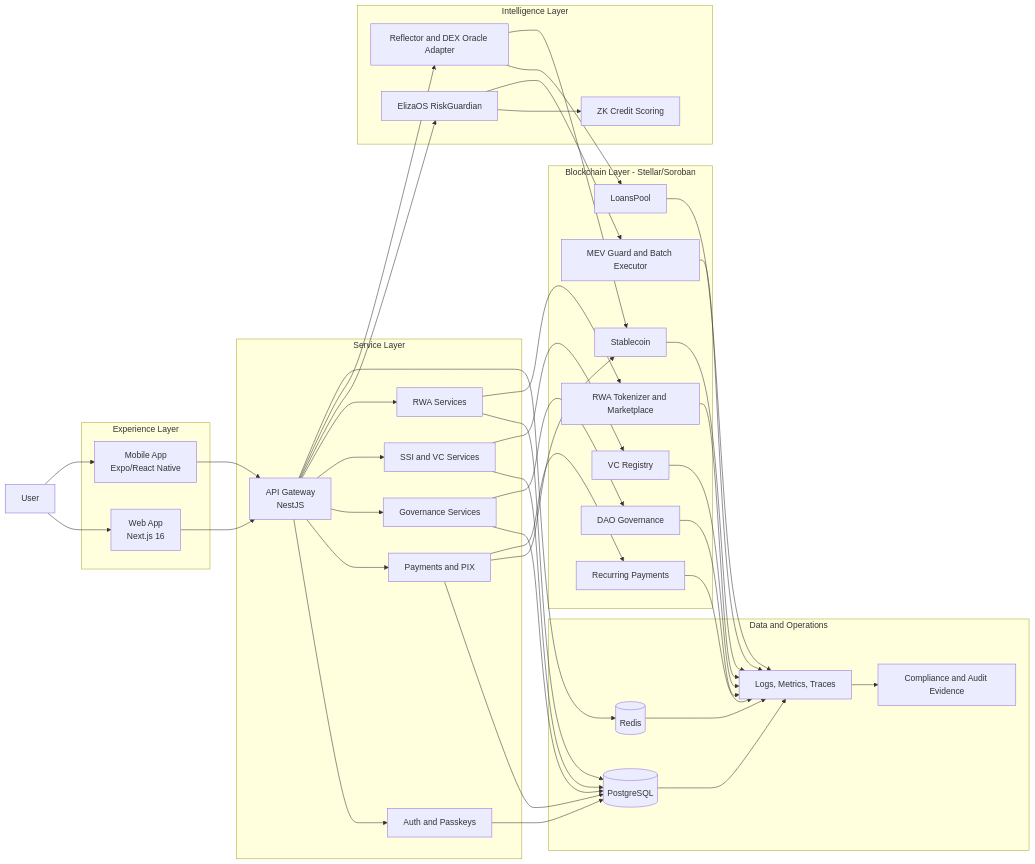
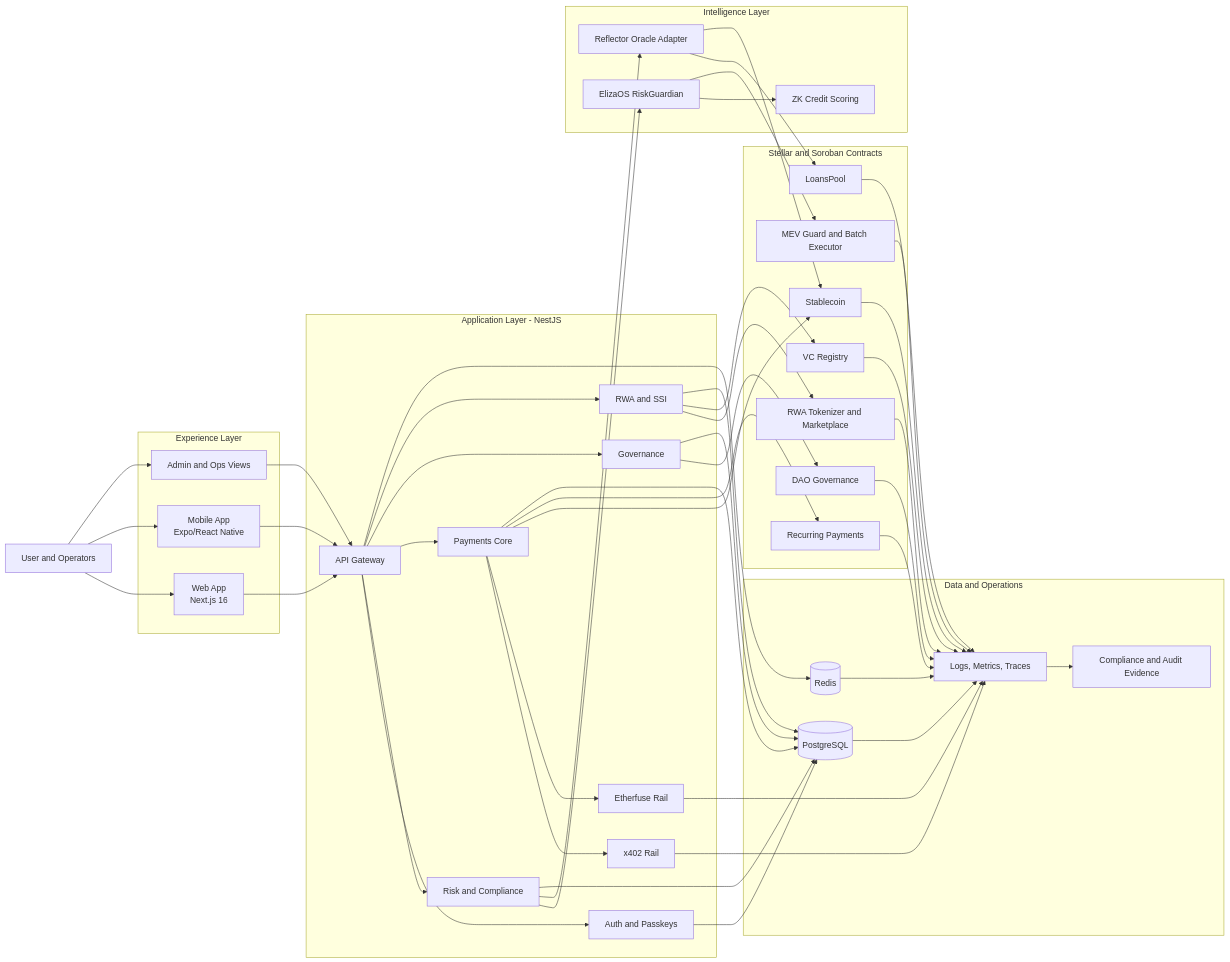
One commit to Jistriane/Stellaro changed the diagram in README.md. Above: the diagram before and after it, drawn with Mermaid. The commit also changed other lines of this file and 4 other files, not shown here.

Commit message:
docs: refresh README and move security/architecture docs into docs

````diff
--- a/README.md
+++ b/README.md
@@ -183,83 +234,94 @@
 ```mermaid
 flowchart LR
-	U[User]
+	U[User and Operators]
 
-	subgraph Experience[Experience Layer]
+	subgraph UX[Experience Layer]
 		WEB[Web App\nNext.js 16]
 		MOB[Mobile App\nExpo/React Native]
+		ADM[Admin and Ops Views]
 	end
 
-	subgraph Services[Service Layer]
-		API[API Gateway\nNestJS]
+	subgraph API[Application Layer - NestJS]
+		GW[API Gateway]
 		AUTH[Auth and Passkeys]
-		PAY[Payments and PIX]
-		GOV[Governance Services]
-		SSI[SSI and VC Services]
-		RWA[RWA Services]
+		RISK[Risk and Compliance]
+		PAY[Payments Core]
+		X402[x402 Rail]
+		EF[Etherfuse Rail]
+		GOV[Governance]
+		RWA[RWA and SSI]
 	end
 
 	subgraph Intelligence[Intelligence Layer]
 		AI[ElizaOS RiskGuardian]
 		ZK[ZK Credit Scoring]
-		ORACLE[Reflector and DEX Oracle Adapter]
+		ORC[Reflector Oracle Adapter]
 	end
 
-	subgraph Blockchain[Blockchain Layer - Stellar/Soroban]
-		C_STABLE[Stablecoin]
-		C_LOANS[LoansPool]
-		C_DAO[DAO Governance]
-		C_REC[Recurring Payments]
-		C_RWA[RWA Tokenizer and Marketplace]
-		C_VC[VC Registry]
-		C_MEV[MEV Guard and Batch Executor]
+	subgraph Chain[Stellar and Soroban Contracts]
+		CST[Stablecoin]
+		CLN[LoansPool]
+		CDAO[DAO Governance]
+		CREC[Recurring Payments]
+		CRWA[RWA Tokenizer and Marketplace]
+		CVC[VC Registry]
+		CMEV[MEV Guard and Batch Executor]
 	end
 
-	subgraph DataOps[Data and Operations]
-		DB[(PostgreSQL)]
-		REDIS[(Redis)]
+	subgraph Data[Data and Operations]
+		PG[(PostgreSQL)]
+		RD[(Redis)]
 		OBS[Logs, Metrics, Traces]
-		COMP[Compliance and Audit Evidence]
+		AUD[Compliance and Audit Evidence]
 	end
 
 	U --> WEB
 	U --> MOB
+	U --> ADM
 
-	WEB --> API
-	MOB --> API
+	WEB --> GW
+	MOB --> GW
+	ADM --> GW
 
-	API --> AUTH
-	API --> PAY
-	API --> GOV
-	API --> SSI
-	API --> RWA
-	API --> AI
-	API --> ORACLE
+	GW --> AUTH
+	GW --> RISK
+	GW --> PAY
+	GW --> GOV
+	GW --> RWA
 
+	PAY --> X402
+	PAY --> EF
+	PAY --> CST
+	PAY --> CREC
+
+	RISK --> AI
 	AI --> ZK
-	AUTH --> DB
-	PAY --> DB
-	GOV --> DB
-	SSI --> DB
-	RWA --> DB
-	API --> REDIS
+	RISK --> ORC
+	ORC --> CLN
+	ORC --> CST
 
-	PAY --> C_STABLE
-	PAY --> C_REC
-	GOV --> C_DAO
-	RWA --> C_RWA
-	SSI --> C_VC
-	AI --> C_MEV
-	ORACLE --> C_LOANS
-	ORACLE --> C_STABLE
+	GOV --> CDAO
+	RWA --> CRWA
+	RWA --> CVC
+	AI --> CMEV
 
-	C_STABLE --> OBS
-	C_LOANS --> OBS
-	C_DAO --> OBS
-	C_REC --> OBS
-	C_RWA --> OBS
-	C_VC --> OBS
-	C_MEV --> OBS
-	DB --> OBS
-	REDIS --> OBS
-	OBS --> COMP
+	AUTH --> PG
+	RISK --> PG
+	PAY --> PG
+	GOV --> PG
+	RWA --> PG
+	GW --> RD
+
+	X402 --> OBS
+	EF --> OBS
+	CST --> OBS
+	CLN --> OBS
+	CDAO --> OBS
+	CREC --> OBS
+	CRWA --> OBS
+	CVC --> OBS
+	CMEV --> OBS
+	PG --> OBS
+	RD --> OBS
+	OBS --> AUD
 ```
````
